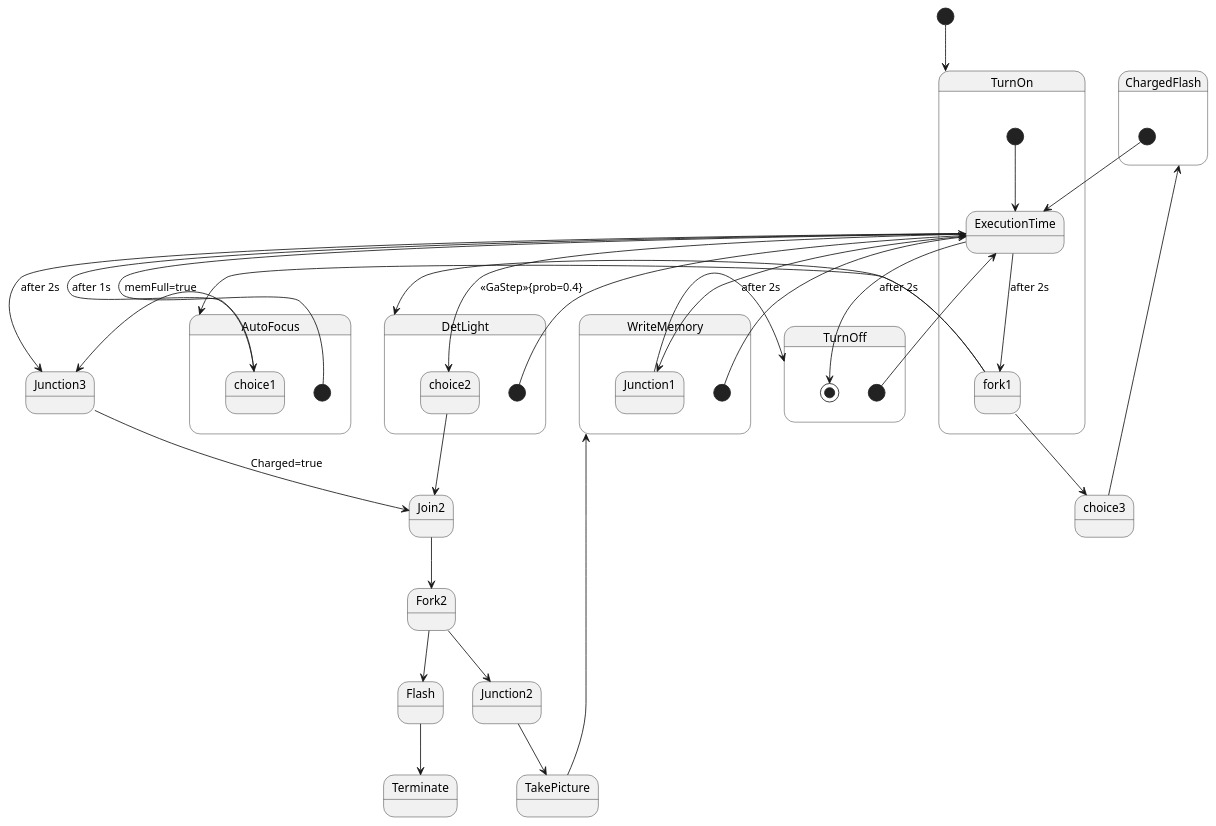
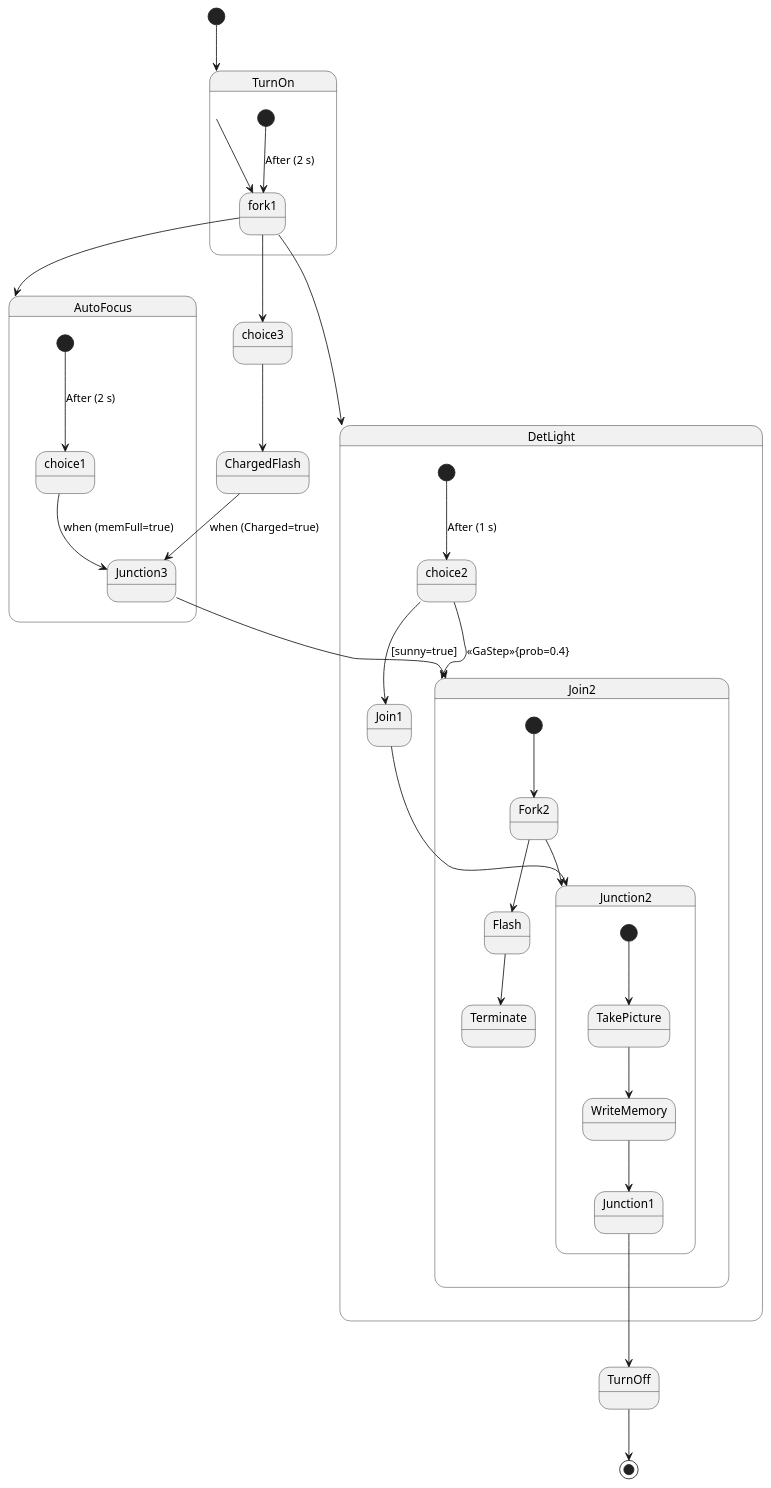
The diagram in project_1_llm_state_machine_modeling/paper_stm_repair/pipeline/representation/reports/llms_emp_r45_java_60/pairs/0008/README.md (HansBug/research_ideas), drawn with PlantUML before and after one commit. The commit also changed other lines of this file and 622 other files, not shown here.

First line of the commit message:
fix(paper1): 切换Phase-II最终池并重建PlantUML转换证据

````diff
--- a/project_1_llm_state_machine_modeling/paper_stm_repair/pipeline/representation/reports/llms_emp_r45_java_60/pairs/0008/README.md
+++ b/project_1_llm_state_machine_modeling/paper_stm_repair/pipeline/representation/reports/llms_emp_r45_java_60/pairs/0008/README.md
@@ -35,57 +104,48 @@
 ```plantuml
 @startuml
 [*] --> TurnOn
+
 state TurnOn {
-  [*] --> ExecutionTime
-  ExecutionTime --> fork1 : after 2s
+[*] --> fork1: After (2 s)
 }
 
-fork1 --> AutoFocus
-fork1 --> DetLight
+TurnOn --> fork1
+fork1 -down-> AutoFocus
+fork1 -right-> DetLight
 
 state AutoFocus {
-  [*] --> ExecutionTime
-  ExecutionTime --> choice1 : after 1s
+[*] --> choice1: After (2 s)
+choice1 --> Junction3: when (memFull=true)
 }
 
 state DetLight {
-  [*] --> ExecutionTime
-  ExecutionTime --> choice2 : <<GaStep>>{prob=0.4}
+[*] --> choice2: After (1 s)
+choice2 --> Join2: <<GaStep>>{prob=0.4}
+choice2 --> Join1: [sunny=true]
 }
 
-fork1 --> choice3
+fork1 -down-> choice3
+choice3 --> ChargedFlash
+ChargedFlash --> Junction3: when (Charged=true)
 
-choice1 --> Junction3 : memFull=true
-choice3 --> ChargedFlash
+Junction3 --> Join2
 
-state ChargedFlash {
-  [*] --> ExecutionTime
-  ExecutionTime --> Junction3 : after 2s
+state Join2 {
+[*] --> Fork2
+Fork2 --> Junction2
+Fork2 --> Flash
+Flash --> Terminate
 }
 
-Junction3 --> Join2 : Charged=true
+Join1 --> Junction2
 
-choice2 --> Join2
-Join2 --> Fork2
-
-Fork2 --> Junction2
-Fork2 --> Flash
-
-Flash --> Terminate
-
-Junction2 --> TakePicture
+state Junction2 {
+[*] --> TakePicture
 TakePicture --> WriteMemory
-
-state WriteMemory {
-  [*] --> ExecutionTime
-  ExecutionTime --> Junction1 : after 2s
+WriteMemory --> Junction1
 }
 
 Junction1 --> TurnOff
-
-state TurnOff {
-  [*] --> ExecutionTime
-  ExecutionTime --> [*] : after 2s
-}
+TurnOff --> [*]
 @enduml
 ```
````
